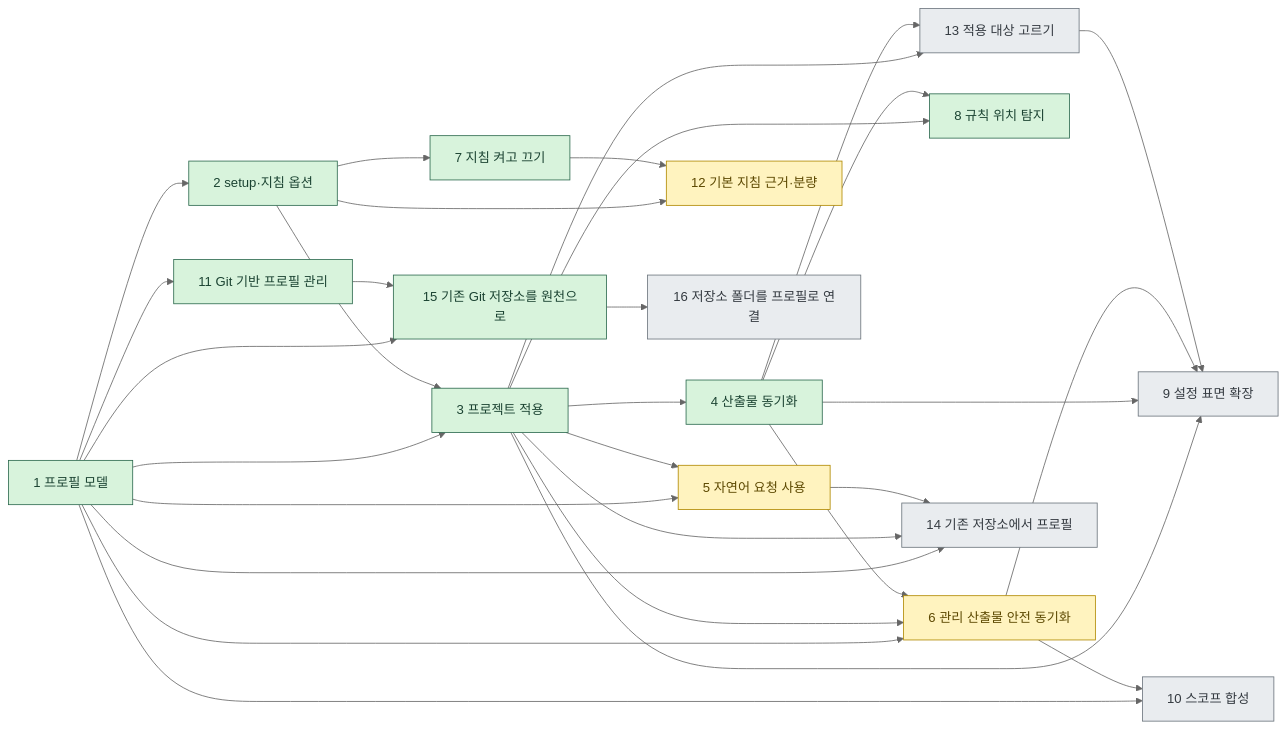
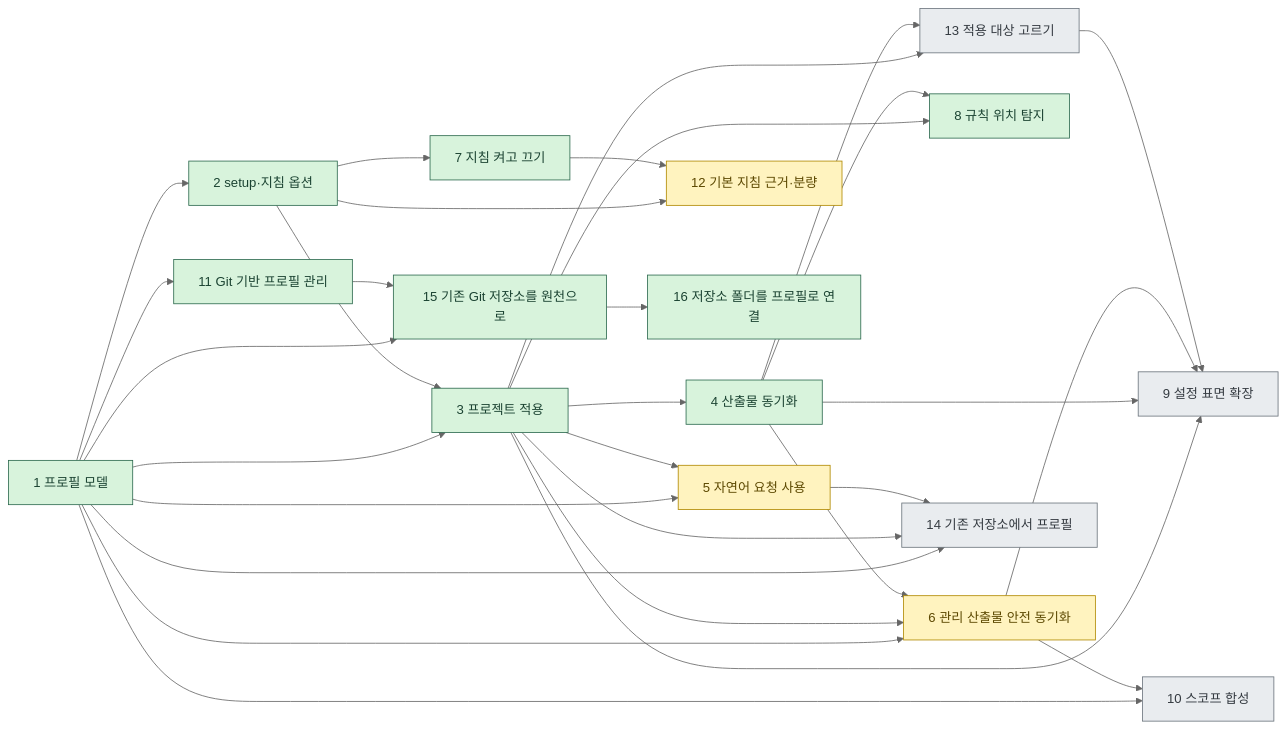
One commit to IsthisLee/agent-context-manager changed the diagram in docs/discussion/architecture/README.md. Above: the diagram before and after it, drawn with Mermaid (neutral theme). The commit also changed other lines of this file and 43 other files, not shown here.

````diff
--- a/docs/discussion/architecture/README.md
+++ b/docs/discussion/architecture/README.md
@@ -39,40 +39,40 @@
 ```mermaid
 flowchart LR
   S1["1 프로필 모델"] --> S2["2 setup·지침 옵션"]
   S1 --> S3["3 프로젝트 적용"]
   S2 --> S3
   S3 --> S4["4 산출물 동기화"]
   S1 --> S5["5 자연어 요청 사용"]
   S3 --> S5
   S1 --> S6["6 관리 산출물 안전 동기화"]
   S3 --> S6
   S4 --> S6
   S2 --> S7["7 지침 켜고 끄기"]
   S3 --> S8["8 규칙 위치 탐지"]
   S4 --> S8
   S3 --> S9["9 설정 표면 확장"]
   S4 --> S9
   S6 --> S9
   S1 --> S10["10 스코프 합성"]
   S6 --> S10
   S1 --> S11["11 Git 기반 프로필 관리"]
   S2 --> S12["12 기본 지침 근거·분량"]
   S7 --> S12
   S3 --> S13["13 적용 대상 고르기"]
   S4 --> S13
   S13 --> S9
   S1 --> S14["14 기존 저장소에서 프로필"]
   S3 --> S14
   S5 --> S14
   S1 --> S15["15 기존 Git 저장소를 원천으로"]
   S11 --> S15
   S15 --> S16["16 저장소 폴더를 프로필로 연결"]
   classDef done fill:#d8f3dc,stroke:#2d6a4f,color:#1b4332
   classDef doing fill:#fff3bf,stroke:#b08900,color:#5c4800
   classDef todo fill:#e9ecef,stroke:#6c757d,color:#343a40
   %% agctx:generated:stage-classes:start
-  class S1,S2,S3,S4,S7,S8,S11,S15 done
+  class S1,S2,S3,S4,S7,S8,S11,S15,S16 done
   class S5,S6,S12 doing
-  class S9,S10,S13,S14,S16 todo
+  class S9,S10,S13,S14 todo
   %% agctx:generated:stage-classes:end
 ```
````
